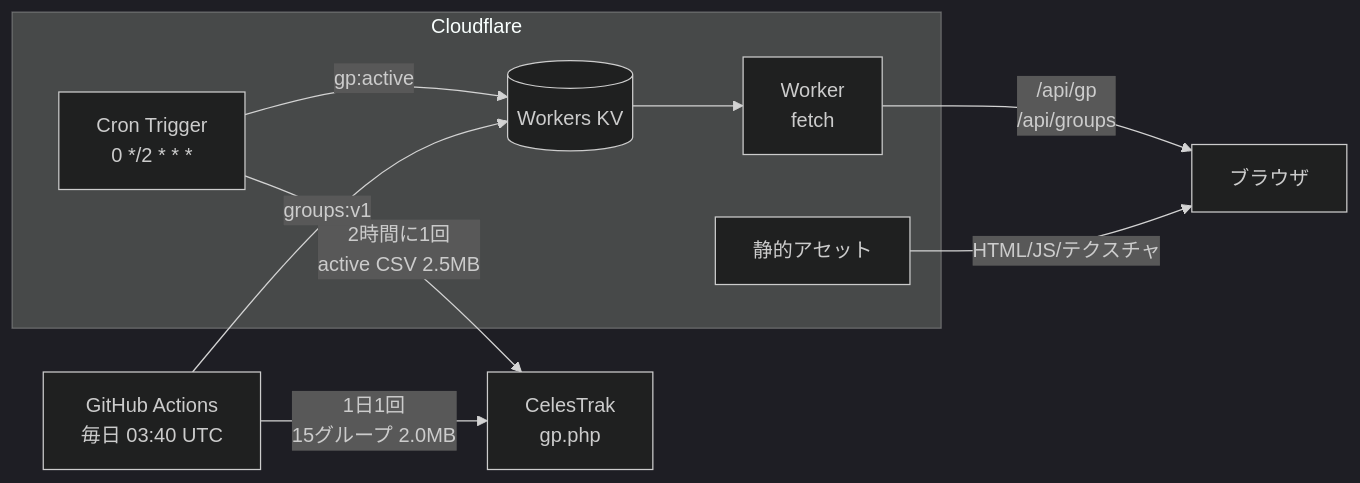
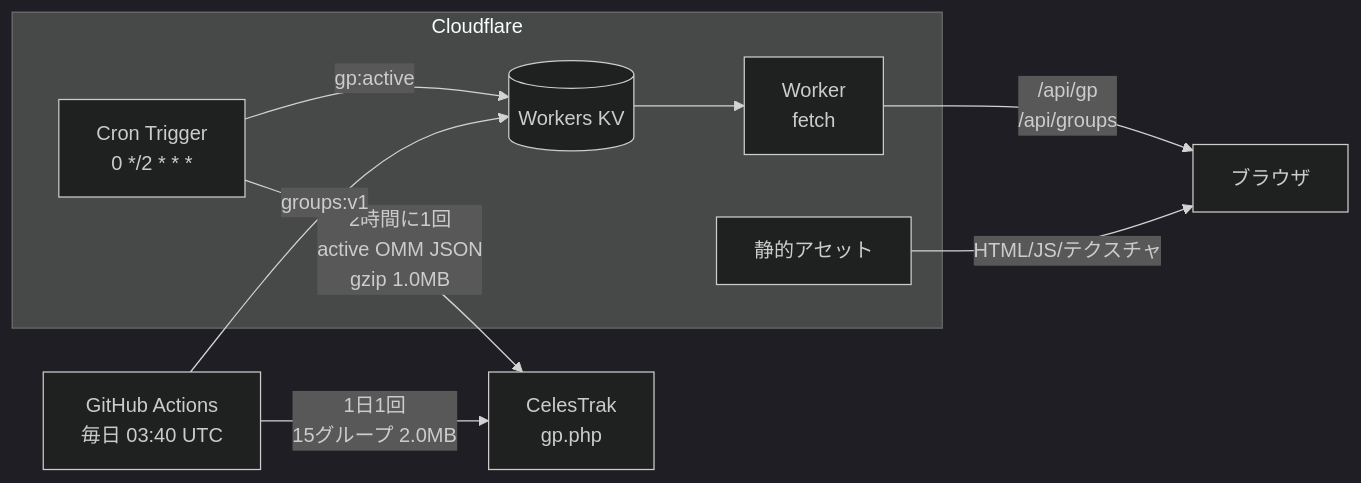
One commit to minerjirou/Satellite-Tracker changed the diagram in docs/衛星トラッカー制作記録.md. Above: the diagram before and after it, drawn with Mermaid (dark theme). The commit also changed other lines of this file and 9 other files, not shown here.

First line of the commit message:
データ形式を OMM (Orbit Mean-Elements Message) の JSON 表現へ

````diff
--- a/docs/衛星トラッカー制作記録.md
+++ b/docs/衛星トラッカー制作記録.md
@@ -156,20 +158,20 @@
 ```mermaid
 flowchart LR
     CT[CelesTrak<br/>gp.php]
     subgraph CF[Cloudflare]
         CRON[Cron Trigger<br/>0 */2 * * *]
         KV[(Workers KV)]
         W[Worker<br/>fetch]
         A[静的アセット]
     end
     GA[GitHub Actions<br/>毎日 03:40 UTC]
     B[ブラウザ]
 
-    CRON -->|2時間に1回<br/>active CSV 2.5MB| CT
+    CRON -->|2時間に1回<br/>active OMM JSON<br/>gzip 1.0MB| CT
     CRON -->|gp:active| KV
     GA -->|1日1回<br/>15グループ 2.0MB| CT
     GA -->|groups:v1| KV
     KV --> W
     W -->|/api/gp<br/>/api/groups| B
     A -->|HTML/JS/テクスチャ| B
 ```
````
